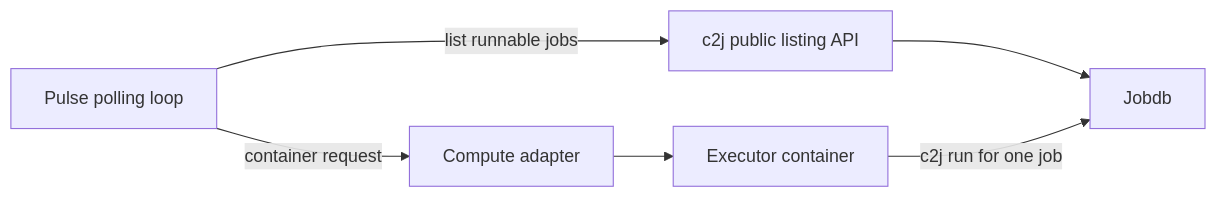
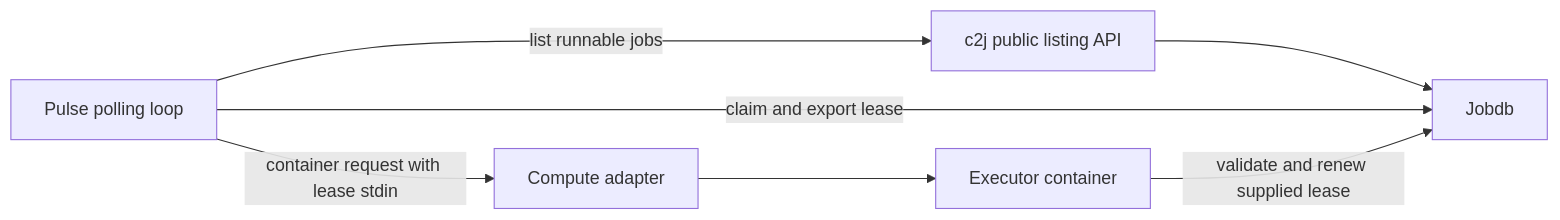
Before and after one commit to colony-2/pulse: the first of 2 diagrams in DESIGN.md, drawn with Mermaid. The commit also changed other lines of this file and 40 other files, not shown here.

First line of the commit message:
feat: acquire and hand off job leases before launching compute

````diff
--- a/DESIGN.md
+++ b/DESIGN.md
@@ -29,8 +29,9 @@
 ```mermaid
 flowchart LR
     C[Pulse polling loop] -->|list runnable jobs| L[c2j public listing API]
     L --> J[Jobdb]
-    C -->|container request| P[Compute adapter]
+    C -->|claim and export lease| J
+    C -->|container request with lease stdin| P[Compute adapter]
     P --> E[Executor container]
-    E -->|c2j run for one job| J
+    E -->|validate and renew supplied lease| J
 ```
````
